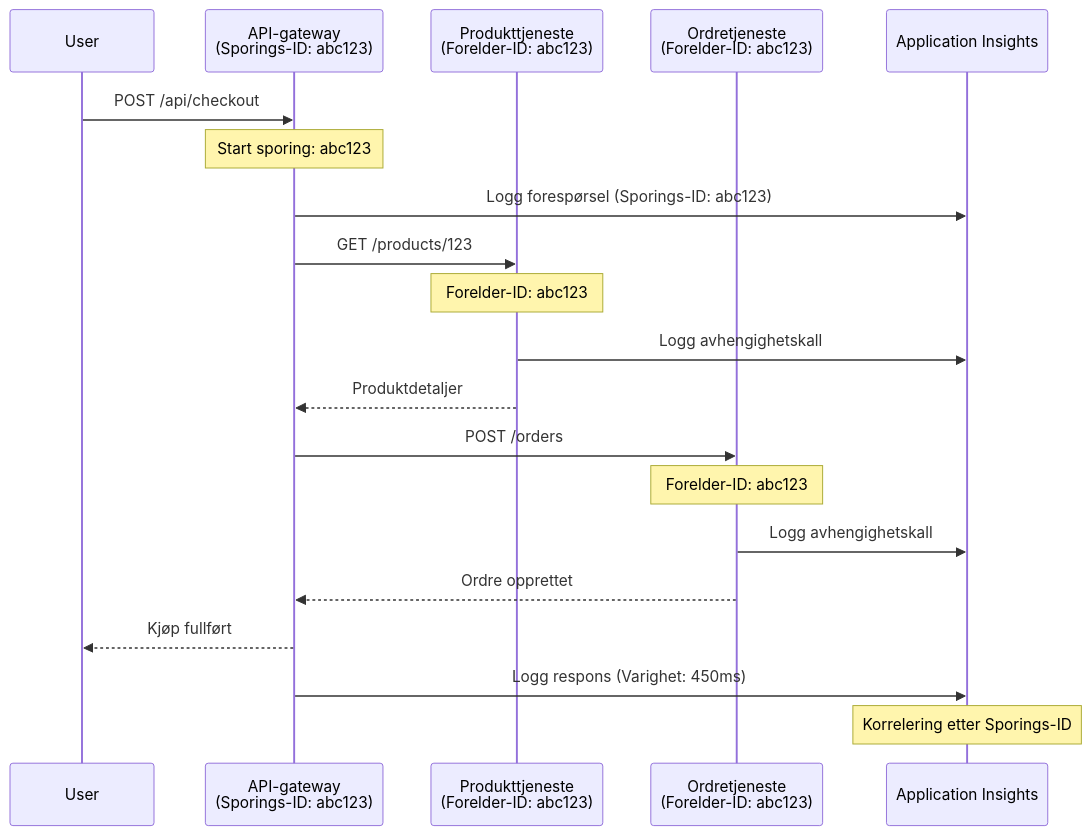
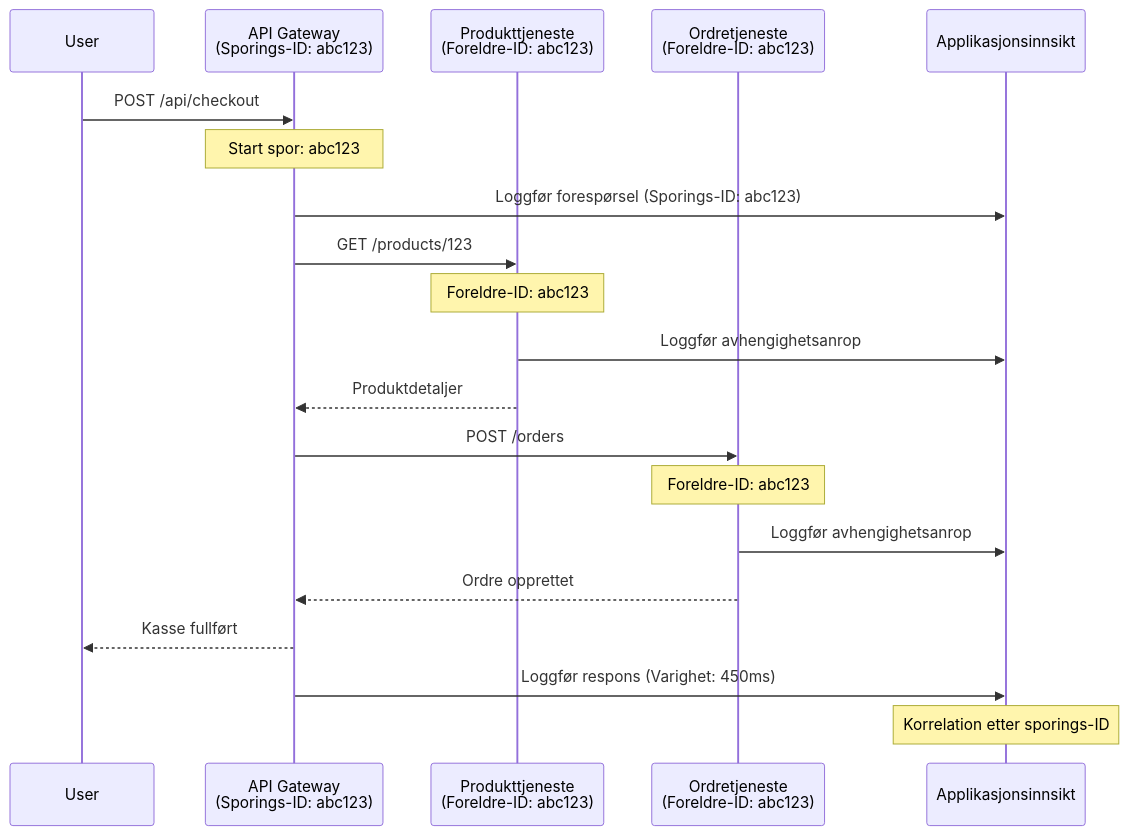
Before and after one commit to microsoft/AZD-for-beginners: the second of 2 diagrams in translations/no/docs/chapter-06-pre-deployment/application-insights.md, drawn with Mermaid. The commit also changed other lines of this file and 101 other files, not shown here.

````diff
--- a/translations/no/docs/chapter-06-pre-deployment/application-insights.md
+++ b/translations/no/docs/chapter-06-pre-deployment/application-insights.md
@@ -744,27 +744,27 @@
 ```mermaid
 sequenceDiagram
     participant User
-    participant Gateway as API-gateway<br/>(Sporings-ID: abc123)
-    participant Product as Produkttjeneste<br/>(Forelder-ID: abc123)
-    participant Order as Ordretjeneste<br/>(Forelder-ID: abc123)
-    participant AppInsights as Application Insights
+    participant Gateway as API Gateway<br/>(Sporings-ID: abc123)
+    participant Product as Produkttjeneste<br/>(Foreldre-ID: abc123)
+    participant Order as Ordretjeneste<br/>(Foreldre-ID: abc123)
+    participant AppInsights as Applikasjonsinnsikt
     
     User->>Gateway: POST /api/checkout
-    Note over Gateway: Start sporing: abc123
-    Gateway->>AppInsights: Logg forespørsel (Sporings-ID: abc123)
+    Note over Gateway: Start spor: abc123
+    Gateway->>AppInsights: Loggfør forespørsel (Sporings-ID: abc123)
     
     Gateway->>Product: GET /products/123
-    Note over Product: Forelder-ID: abc123
-    Product->>AppInsights: Logg avhengighetskall
+    Note over Product: Foreldre-ID: abc123
+    Product->>AppInsights: Loggfør avhengighetsanrop
     Product-->>Gateway: Produktdetaljer
     
     Gateway->>Order: POST /orders
-    Note over Order: Forelder-ID: abc123
-    Order->>AppInsights: Logg avhengighetskall
+    Note over Order: Foreldre-ID: abc123
+    Order->>AppInsights: Loggfør avhengighetsanrop
     Order-->>Gateway: Ordre opprettet
     
-    Gateway-->>User: Kjøp fullført
-    Gateway->>AppInsights: Logg respons (Varighet: 450ms)
+    Gateway-->>User: Kasse fullført
+    Gateway->>AppInsights: Loggfør respons (Varighet: 450ms)
     
-    Note over AppInsights: Korrelering etter Sporings-ID
+    Note over AppInsights: Korrelation etter sporings-ID
 ```
````
